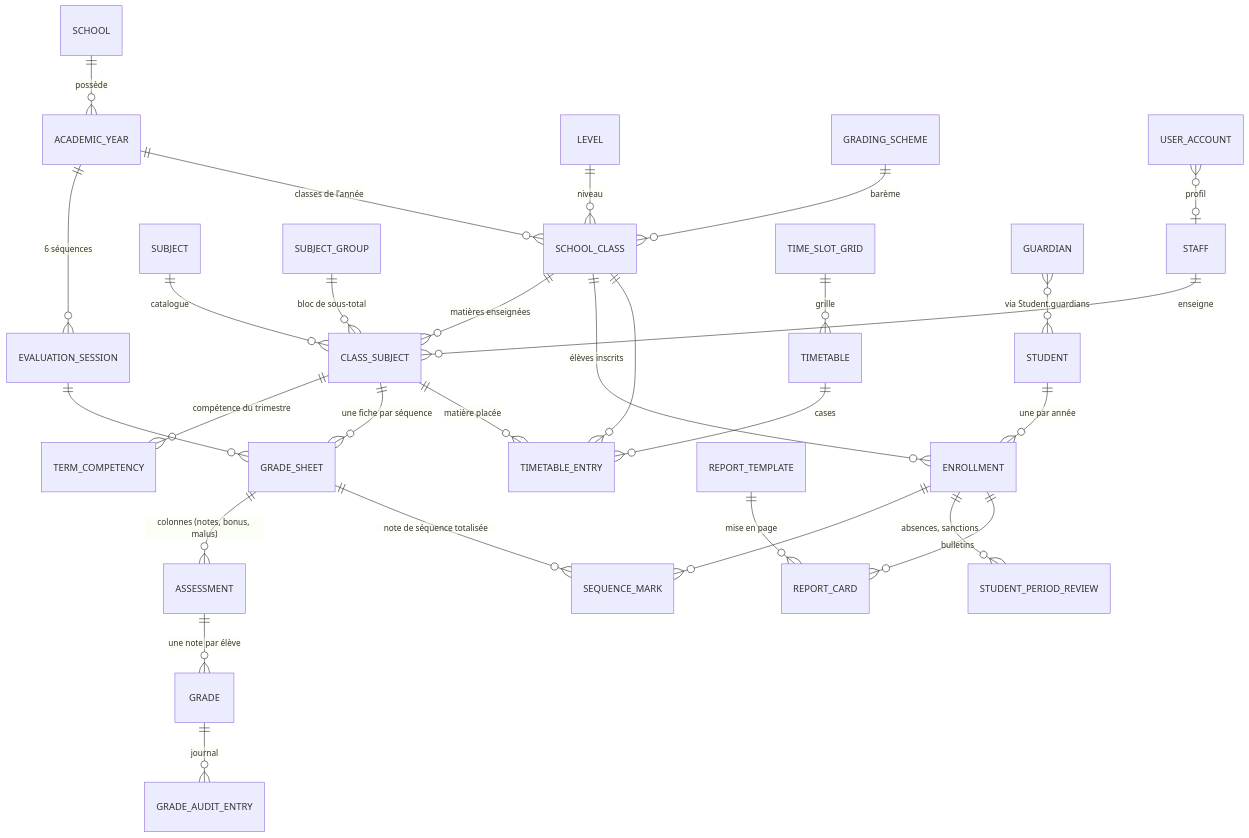
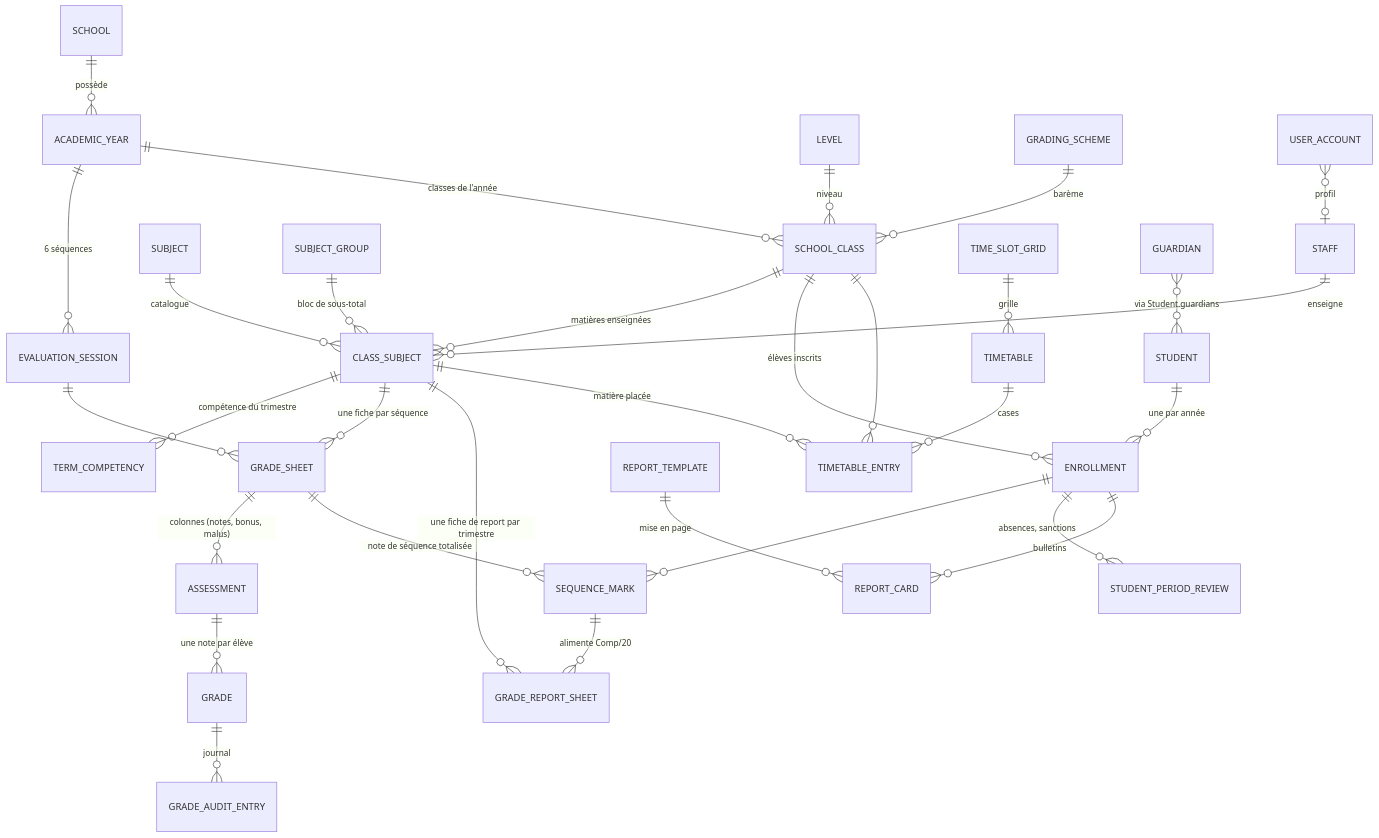
Before and after one commit to Elshamma-Project/School-Mgmt-Back: the first of 2 diagrams in docs/02-domaine-metier.md, drawn with Mermaid. The commit also changed other lines of this file and 32 other files, not shown here.

First line of the commit message:
Add grade report sheets: term snapshot, visas, PDF landscape, BR-70..78.

````diff
--- a/docs/02-domaine-metier.md
+++ b/docs/02-domaine-metier.md
@@ -61,31 +64,33 @@
 ```mermaid
 erDiagram
   SCHOOL ||--o{ ACADEMIC_YEAR : "possède"
   ACADEMIC_YEAR ||--o{ EVALUATION_SESSION : "6 séquences"
   ACADEMIC_YEAR ||--o{ SCHOOL_CLASS : "classes de l'année"
   LEVEL ||--o{ SCHOOL_CLASS : "niveau"
   SCHOOL_CLASS ||--o{ CLASS_SUBJECT : "matières enseignées"
   SUBJECT ||--o{ CLASS_SUBJECT : "catalogue"
   SUBJECT_GROUP ||--o{ CLASS_SUBJECT : "bloc de sous-total"
   STAFF ||--o{ CLASS_SUBJECT : "enseigne"
   CLASS_SUBJECT ||--o{ TERM_COMPETENCY : "compétence du trimestre"
   STUDENT ||--o{ ENROLLMENT : "une par année"
   SCHOOL_CLASS ||--o{ ENROLLMENT : "élèves inscrits"
   CLASS_SUBJECT ||--o{ GRADE_SHEET : "une fiche par séquence"
   EVALUATION_SESSION ||--o{ GRADE_SHEET : ""
   GRADE_SHEET ||--o{ ASSESSMENT : "colonnes (notes, bonus, malus)"
   ASSESSMENT ||--o{ GRADE : "une note par élève"
   GRADE_SHEET ||--o{ SEQUENCE_MARK : "note de séquence totalisée"
+  CLASS_SUBJECT ||--o{ GRADE_REPORT_SHEET : "une fiche de report par trimestre"
+  SEQUENCE_MARK ||--o{ GRADE_REPORT_SHEET : "alimente Comp/20"
   ENROLLMENT ||--o{ SEQUENCE_MARK : ""
   GRADE ||--o{ GRADE_AUDIT_ENTRY : "journal"
   ENROLLMENT ||--o{ STUDENT_PERIOD_REVIEW : "absences, sanctions"
   ENROLLMENT ||--o{ REPORT_CARD : "bulletins"
   REPORT_TEMPLATE ||--o{ REPORT_CARD : "mise en page"
   GRADING_SCHEME ||--o{ SCHOOL_CLASS : "barème"
   TIMETABLE ||--o{ TIMETABLE_ENTRY : "cases"
   SCHOOL_CLASS ||--o{ TIMETABLE_ENTRY : ""
   CLASS_SUBJECT ||--o{ TIMETABLE_ENTRY : "matière placée"
   TIME_SLOT_GRID ||--o{ TIMETABLE : "grille"
   GUARDIAN }o--o{ STUDENT : "via Student.guardians"
   USER_ACCOUNT }o--o| STAFF : "profil"
 ```
````
